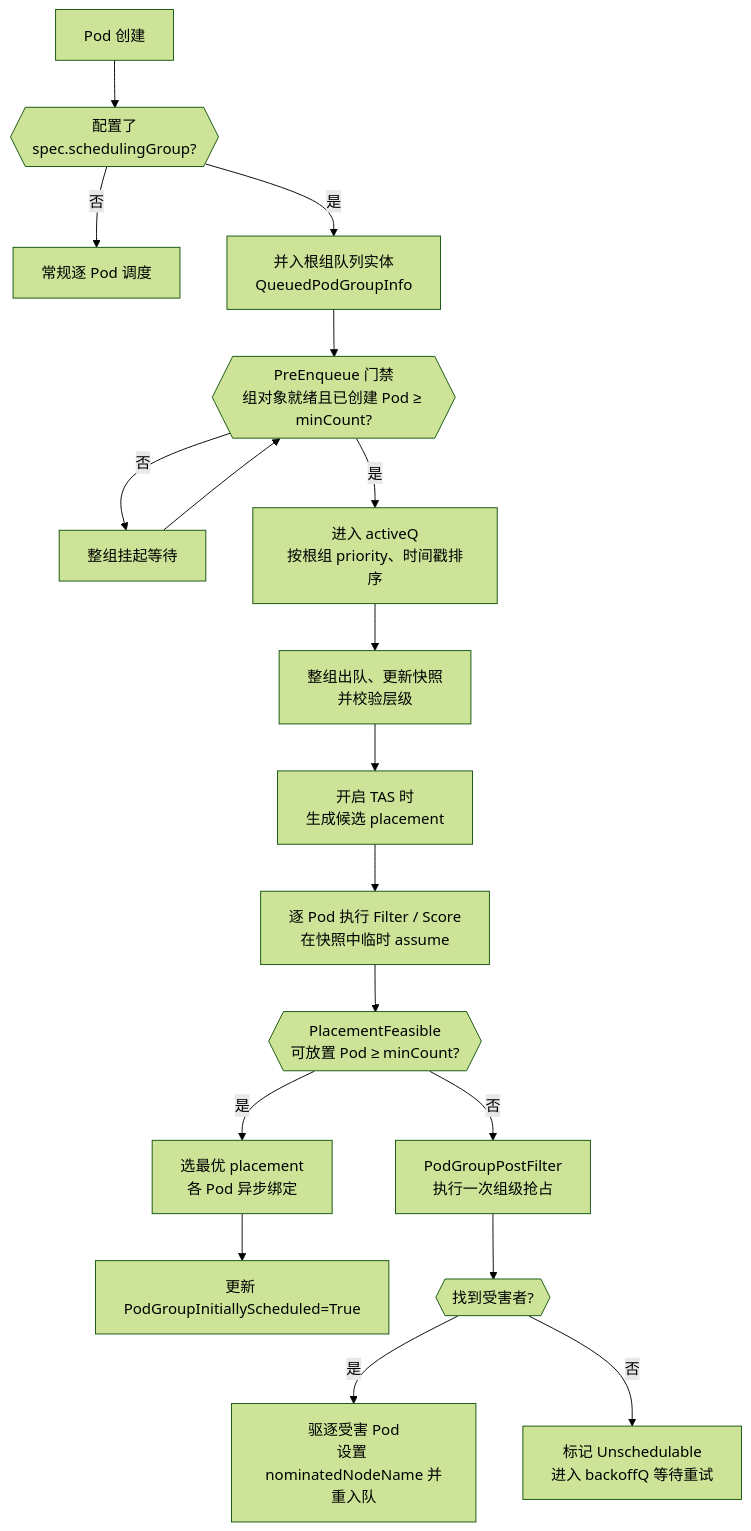
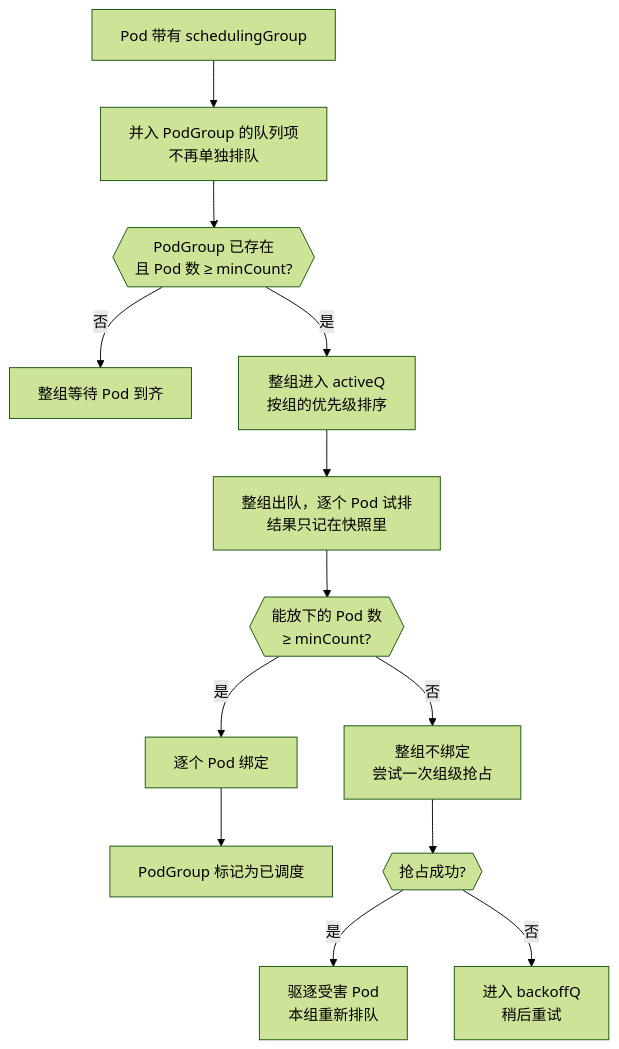
The second of 13 diagrams in docs/research/k8s-workload-aware-scheduling-vs-volcano-cn.md (JesseStutler/volcano), drawn with Mermaid (forest theme) before and after one commit. The commit also changed other lines of this file and 1 other file, not shown here.

First line of the commit message:
docs: rewrite the upstream PodGroup comparison for readability

````diff
--- a/docs/research/k8s-workload-aware-scheduling-vs-volcano-cn.md
+++ b/docs/research/k8s-workload-aware-scheduling-vs-volcano-cn.md
@@ -114,20 +149,15 @@
 ```mermaid
 flowchart TD
-    A["Pod 创建"] --> B{{"配置了<br/>spec.schedulingGroup?"}}
-    B -- 否 --> C["常规逐 Pod 调度"]
-    B -- 是 --> D["并入根组队列实体<br/>QueuedPodGroupInfo"]
-    D --> E{{"PreEnqueue 门禁<br/>组对象就绪且已创建 Pod ≥ minCount?"}}
-    E -- 否 --> F["整组挂起等待"]
-    F --> E
-    E -- 是 --> G["进入 activeQ<br/>按根组 priority、时间戳排序"]
-    G --> H["整组出队、更新快照<br/>并校验层级"]
-    H --> I["开启 TAS 时<br/>生成候选 placement"]
-    I --> J["逐 Pod 执行 Filter / Score<br/>在快照中临时 assume"]
-    J --> K{{"PlacementFeasible<br/>可放置 Pod ≥ minCount?"}}
-    K -- 是 --> L["选最优 placement<br/>各 Pod 异步绑定"]
-    L --> M["更新 PodGroupInitiallyScheduled=True"]
-    K -- 否 --> N["PodGroupPostFilter<br/>执行一次组级抢占"]
-    N --> O{{"找到受害者?"}}
-    O -- 是 --> P["驱逐受害 Pod<br/>设置 nominatedNodeName 并重入队"]
-    O -- 否 --> Q["标记 Unschedulable<br/>进入 backoffQ 等待重试"]
+    A["Pod 带有 schedulingGroup"] --> B["并入 PodGroup 的队列项<br/>不再单独排队"]
+    B --> C{{"PodGroup 已存在<br/>且 Pod 数 ≥ minCount?"}}
+    C -- 否 --> D["整组等待 Pod 到齐"]
+    C -- 是 --> E["整组进入 activeQ<br/>按组的优先级排序"]
+    E --> F["整组出队，逐个 Pod 试排<br/>结果只记在快照里"]
+    F --> G{{"能放下的 Pod 数<br/>≥ minCount?"}}
+    G -- 是 --> H["逐个 Pod 绑定"]
+    H --> I["PodGroup 标记为已调度"]
+    G -- 否 --> J["整组不绑定<br/>尝试一次组级抢占"]
+    J --> K{{"抢占成功?"}}
+    K -- 是 --> L["驱逐受害 Pod<br/>本组重新排队"]
+    K -- 否 --> M["进入 backoffQ<br/>稍后重试"]
 ```
````
